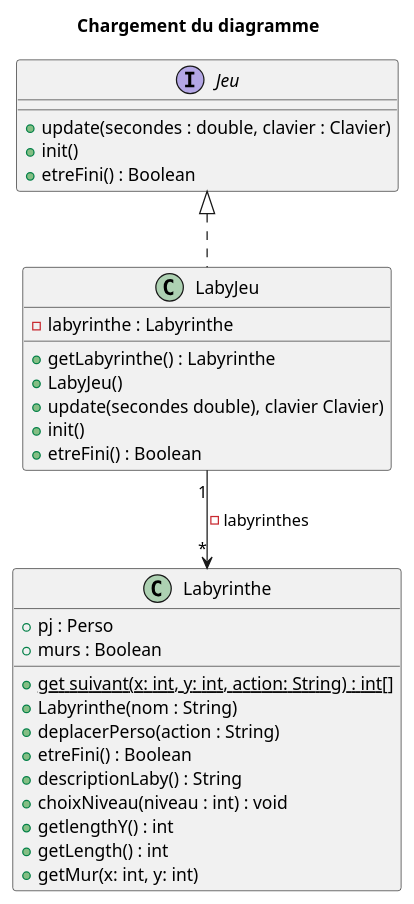
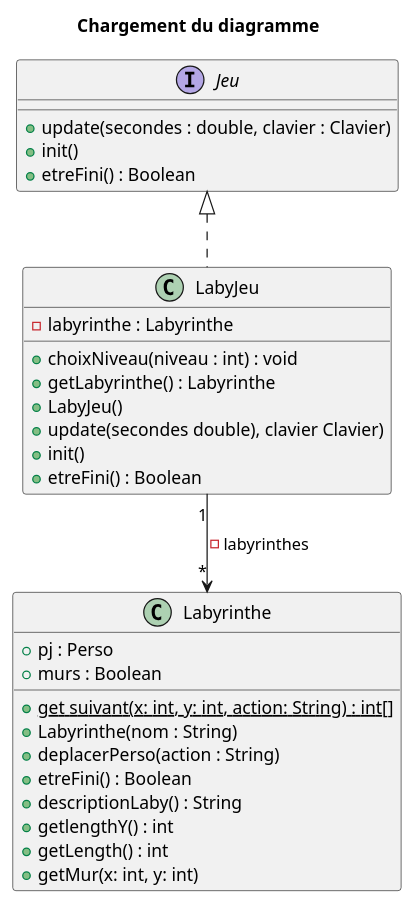
Before and after one commit to Baloo54/Zeldiablo_Comte_Fuchs_Andre_Mathieu: the first of 5 diagrams in documents/itération1/itération1.puml, drawn with PlantUML. The commit also changed other lines of this file, not shown here.

Commit message:
chore: Mettre à jour le fichier de description du labyrinthe et supprimer les fichiers de diagramme de classe et de labyrinthe par défaut

```diff
--- a/documents/itération1/itération1.puml
+++ b/documents/itération1/itération1.puml
@@ -1,43 +1,43 @@
 @startuml diagrammeLaby
 title Chargement du diagramme
 
 '''classes
 class Labyrinthe
 {
   +pj : Perso
   +murs : Boolean
 
   +{static} get suivant(x: int, y: int, action: String) : int[]
   +Labyrinthe(nom : String)
   +deplacerPerso(action : String)
   +etreFini() : Boolean
   +descriptionLaby() : String
-  +choixNiveau(niveau : int) : void
   +getlengthY() : int
   +getLength() : int
   +getMur(x: int, y: int)
 }
 
 class LabyJeu
 {
   -labyrinthe : Labyrinthe
 
+  +choixNiveau(niveau : int) : void
   +getLabyrinthe() : Labyrinthe
   +LabyJeu()
   +update(secondes double), clavier Clavier)
   +init()
   +etreFini() : Boolean
 }
 
 interface Jeu
 {
   +update(secondes : double, clavier : Clavier)
   +init()
   +etreFini() : Boolean
 }
 
 '''relations
 Jeu <|.. LabyJeu
 LabyJeu "1" --> "*" Labyrinthe : -labyrinthes
 
 @enduml
```
